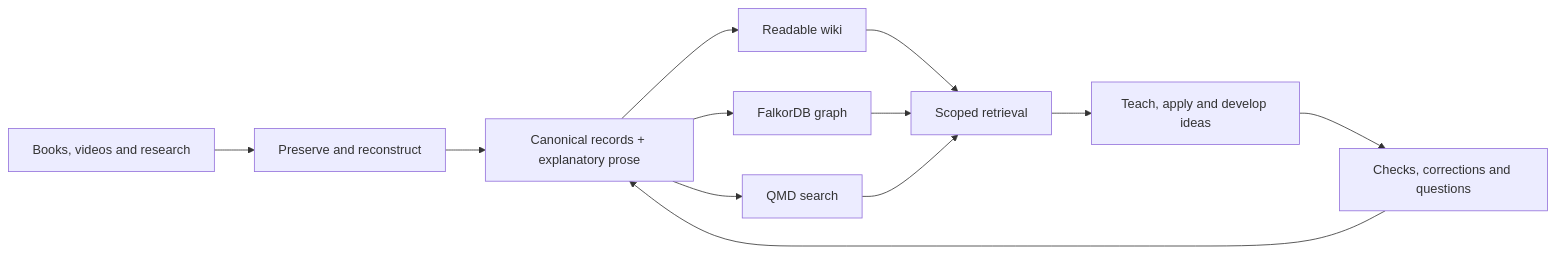
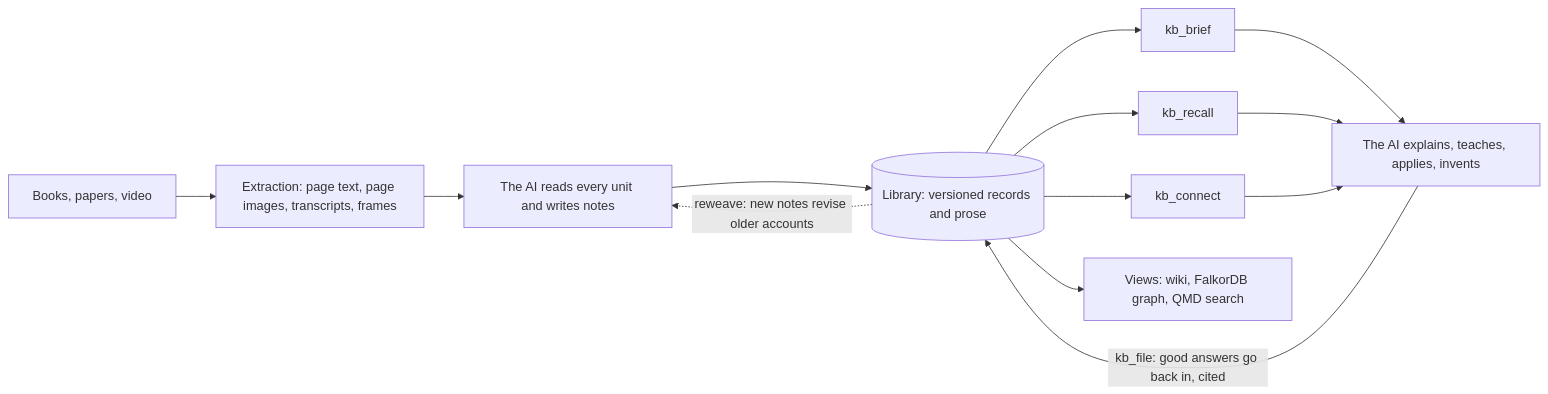
The diagram in README.md (Barncore/know-fu), drawn with Mermaid before and after one commit. The commit also changed other lines of this file and 45 other files, not shown here.

````diff
--- a/README.md
+++ b/README.md
@@ -30,14 +19,15 @@
 ```mermaid
 flowchart LR
-  A[Books, videos and research] --> B[Preserve and reconstruct]
-  B --> C[Canonical records + explanatory prose]
-  C --> W[Readable wiki]
-  C --> G[FalkorDB graph]
-  C --> S[QMD search]
-  W --> R[Scoped retrieval]
-  G --> R
-  S --> R
-  R --> U[Teach, apply and develop ideas]
-  U --> Q[Checks, corrections and questions]
-  Q --> C
+  S[Books, papers, video] --> E[Extraction: page text, page images, transcripts, frames]
+  E --> N[The AI reads every unit and writes notes]
+  N --> L[(Library: versioned records and prose)]
+  L -. reweave: new notes revise older accounts .-> N
+  L --> B[kb_brief]
+  L --> R[kb_recall]
+  L --> C[kb_connect]
+  B --> A[The AI explains, teaches, applies, invents]
+  R --> A
+  C --> A
+  A -- kb_file: good answers go back in, cited --> L
+  L --> V[Views: wiki, FalkorDB graph, QMD search]
 ```
````
